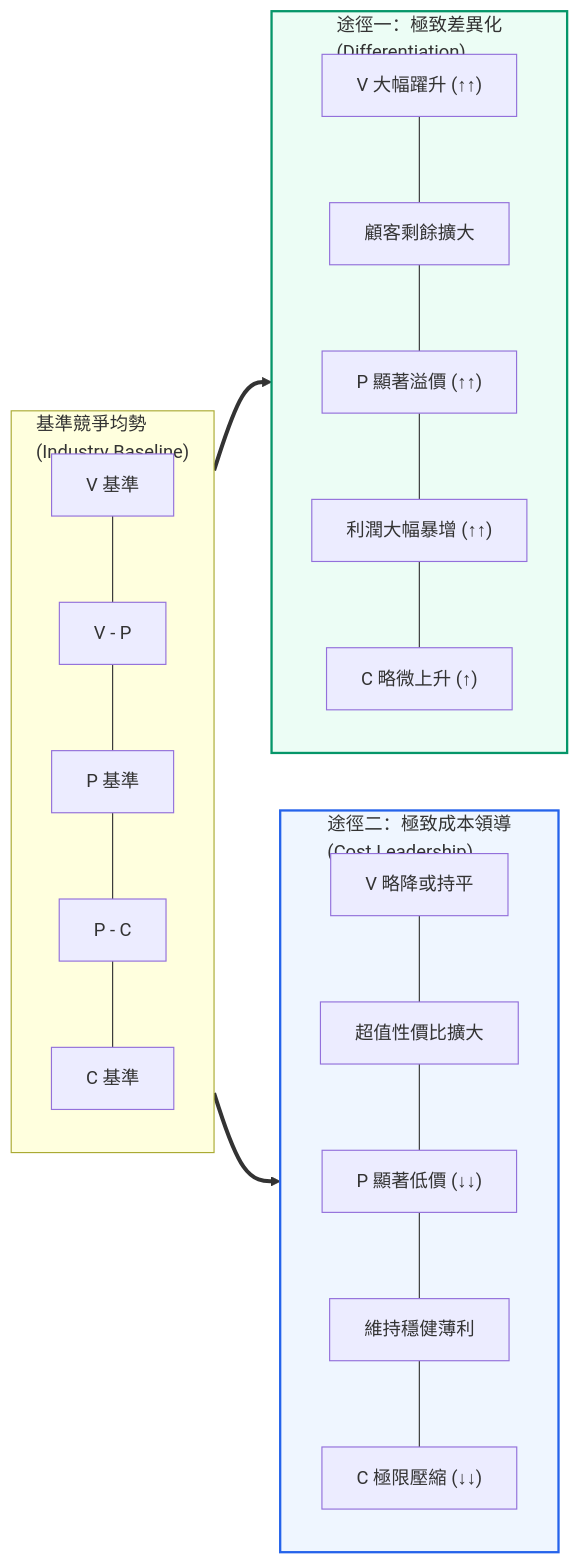
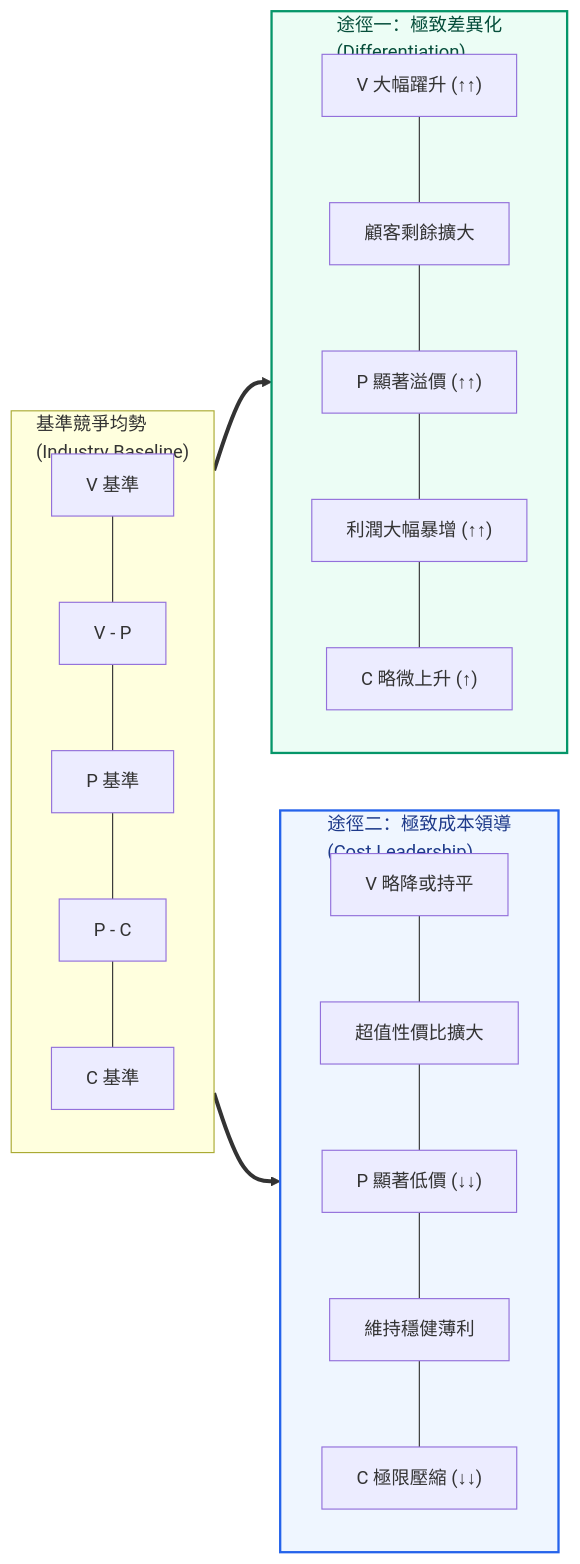
The second of 5 diagrams in src/site/notes/98_商業概念庫/vpc-value-price-cost_價值價格成本分析.md (Jimlin0428/my-digital-garden), drawn with Mermaid before and after one commit. The commit also changed other lines of this file and 99 other files, not shown here.

````diff
--- a/src/site/notes/98_商業概念庫/vpc-value-price-cost_價值價格成本分析.md
+++ b/src/site/notes/98_商業概念庫/vpc-value-price-cost_價值價格成本分析.md
@@ -104,23 +104,23 @@
 ```mermaid
 flowchart LR
     subgraph Parity ["基準競爭均勢<br>(Industry Baseline)"]
         direction TB
         V0["V 基準"] --- CS0["V - P"] --- P0["P 基準"] --- FP0["P - C"] --- C0["C 基準"]
     end
 
     subgraph Diff ["途徑一：極致差異化<br>(Differentiation)"]
         direction TB
         V1["V 大幅躍升 (↑↑)"] --- CS1["顧客剩餘擴大"] --- P1["P 顯著溢價 (↑↑)"] --- FP1["利潤大幅暴增 (↑↑)"] --- C1["C 略微上升 (↑)"]
     end
 
     subgraph CostLead ["途徑二：極致成本領導<br>(Cost Leadership)"]
         direction TB
         V2["V 略降或持平"] --- CS2["超值性價比擴大"] --- P2["P 顯著低價 (↓↓)"] --- FP2["維持穩健薄利"] --- C2["C 極限壓縮 (↓↓)"]
     end
 
     Parity ==> Diff
     Parity ==> CostLead
 
-    style Diff fill:#ecfdf5,stroke:#059669,stroke-width:2px
-    style CostLead fill:#eff6ff,stroke:#2563eb,stroke-width:2px
+    style Diff fill:#ecfdf5,stroke:#059669,stroke-width:2px,color:#064e3b
+    style CostLead fill:#eff6ff,stroke:#2563eb,stroke-width:2px,color:#1e3a8a
 ```
````
